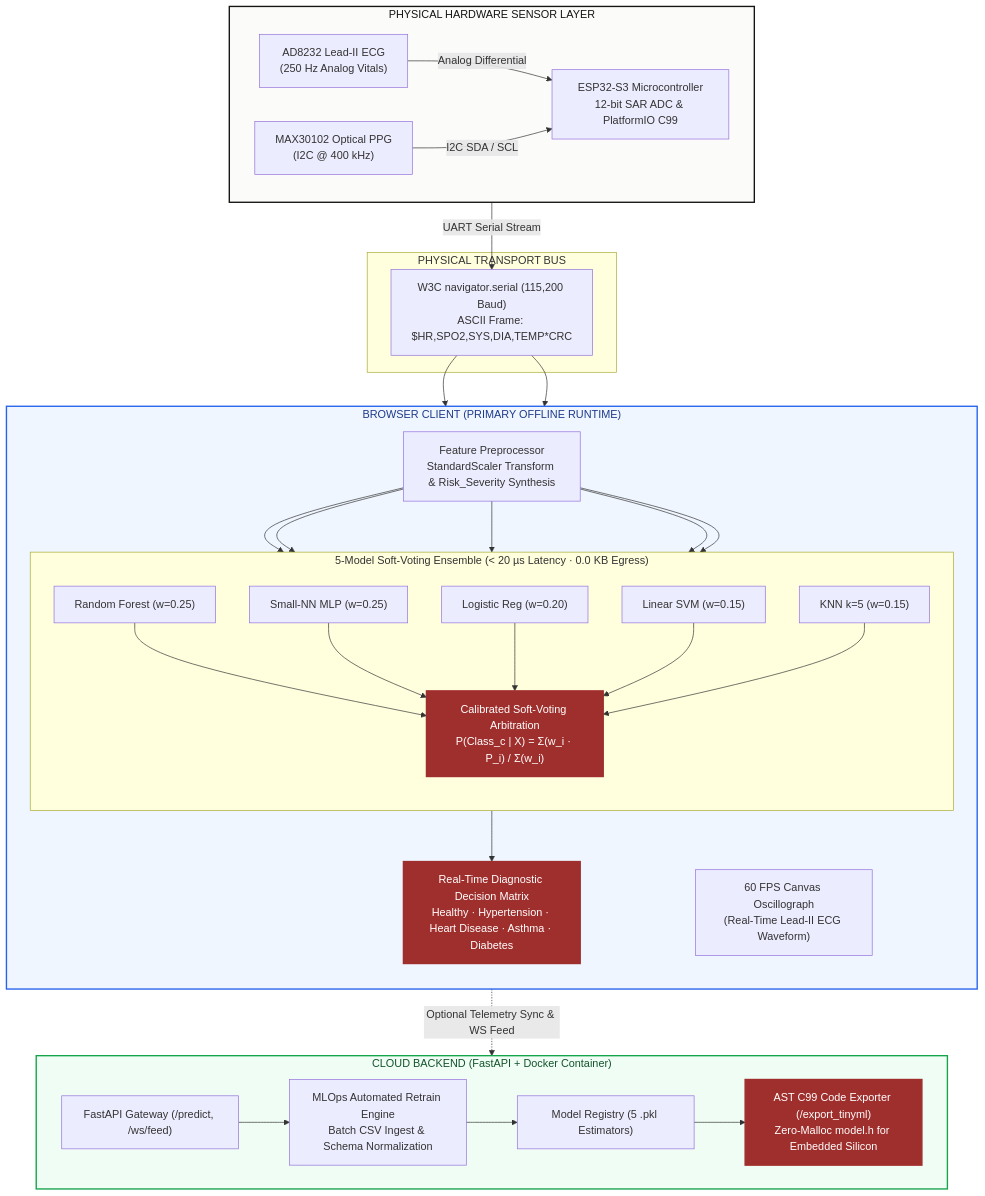
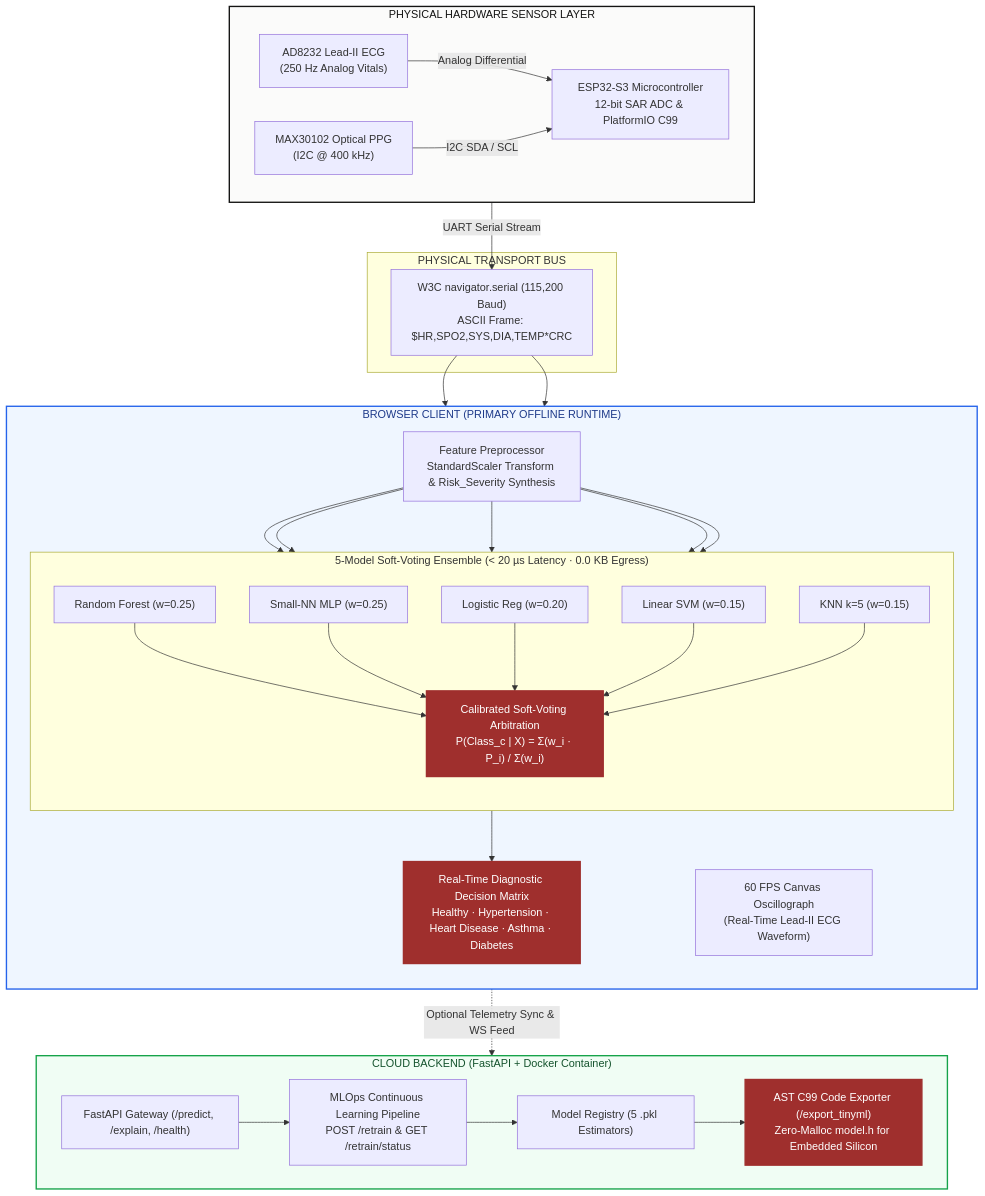
The first of 3 diagrams in README.md (rachit-mangawa/HEARTFLOW_OS), drawn with Mermaid before and after one commit. The commit also changed other lines of this file and 66 other files, not shown here.

Commit message:
feat(release): v1.2.0 - declutter legacy artifacts, add spider radar chart, unify /compiler and /dataset routes, clean metadata

````diff
--- a/README.md
+++ b/README.md
@@ -30,68 +36,68 @@
 ```mermaid
 flowchart TB
     subgraph HW["PHYSICAL HARDWARE SENSOR LAYER"]
         direction LR
         ECG["AD8232 Lead-II ECG<br/>(250 Hz Analog Vitals)"]
         PPG["MAX30102 Optical PPG<br/>(I2C @ 400 kHz)"]
         MCU["ESP32-S3 Microcontroller<br/>12-bit SAR ADC & PlatformIO C99"]
         ECG -->|Analog Differential| MCU
         PPG -->|I2C SDA / SCL| MCU
     end
 
     subgraph BUS["PHYSICAL TRANSPORT BUS"]
         UART["W3C navigator.serial (115,200 Baud)<br/>ASCII Frame: $HR,SPO2,SYS,DIA,TEMP*CRC"]
     end
 
     subgraph CLIENT["BROWSER CLIENT (PRIMARY OFFLINE RUNTIME)"]
         direction TB
         OSC["60 FPS Canvas Oscillograph<br/>(Real-Time Lead-II ECG Waveform)"]
         PRE["Feature Preprocessor<br/>StandardScaler Transform & Risk_Severity Synthesis"]
         
         subgraph ENSEMBLE["5-Model Soft-Voting Ensemble (< 20 µs Latency · 0.0 KB Egress)"]
             direction TB
             RF["Random Forest (w=0.25)"]
             MLP["Small-NN MLP (w=0.25)"]
             LOG["Logistic Reg (w=0.20)"]
             SVM["Linear SVM (w=0.15)"]
             KNN["KNN k=5 (w=0.15)"]
             VOTE["Calibrated Soft-Voting Arbitration<br/>P(Class_c | X) = Σ(w_i · P_i) / Σ(w_i)"]
             
             RF --> VOTE
             MLP --> VOTE
             LOG --> VOTE
             SVM --> VOTE
             KNN --> VOTE
         end
         
         DIAG["Real-Time Diagnostic Decision Matrix<br/>Healthy · Hypertension · Heart Disease · Asthma · Diabetes"]
         
         PRE --> RF
         PRE --> MLP
         PRE --> LOG
         PRE --> SVM
         PRE --> KNN
         VOTE --> DIAG
     end
 
     subgraph CLOUD["CLOUD BACKEND (FastAPI + Docker Container)"]
         direction LR
-        REST["FastAPI Gateway (/predict, /ws/feed)"] --> MLOPS["MLOps Automated Retrain Engine<br/>Batch CSV Ingest & Schema Normalization"]
+        REST["FastAPI Gateway (/predict, /explain, /health)"] --> MLOPS["MLOps Continuous Learning Pipeline<br/>POST /retrain & GET /retrain/status"]
         MLOPS --> REG["Model Registry (5 .pkl Estimators)"]
         REG --> C99["AST C99 Code Exporter (/export_tinyml)<br/>Zero-Malloc model.h for Embedded Silicon"]
     end
 
     HW -->|UART Serial Stream| UART
     UART --> OSC
     UART --> PRE
     DIAG -.->|Optional Telemetry Sync & WS Feed| REST
 
     classDef primary fill:#FBFBFA,stroke:#141413,stroke-width:2px,color:#141413;
     classDef accent fill:#9F2F2D,stroke:#9F2F2D,stroke-width:2px,color:#ffffff;
     classDef edgeBox fill:#EFF6FF,stroke:#2563EB,stroke-width:2px,color:#1E3A8A;
     classDef cloudBox fill:#F0FDF4,stroke:#16A34A,stroke-width:2px,color:#14532D;
     
     class HW primary;
     class CLIENT edgeBox;
     class CLOUD cloudBox;
     class DIAG,C99,VOTE accent;
 ```
````
